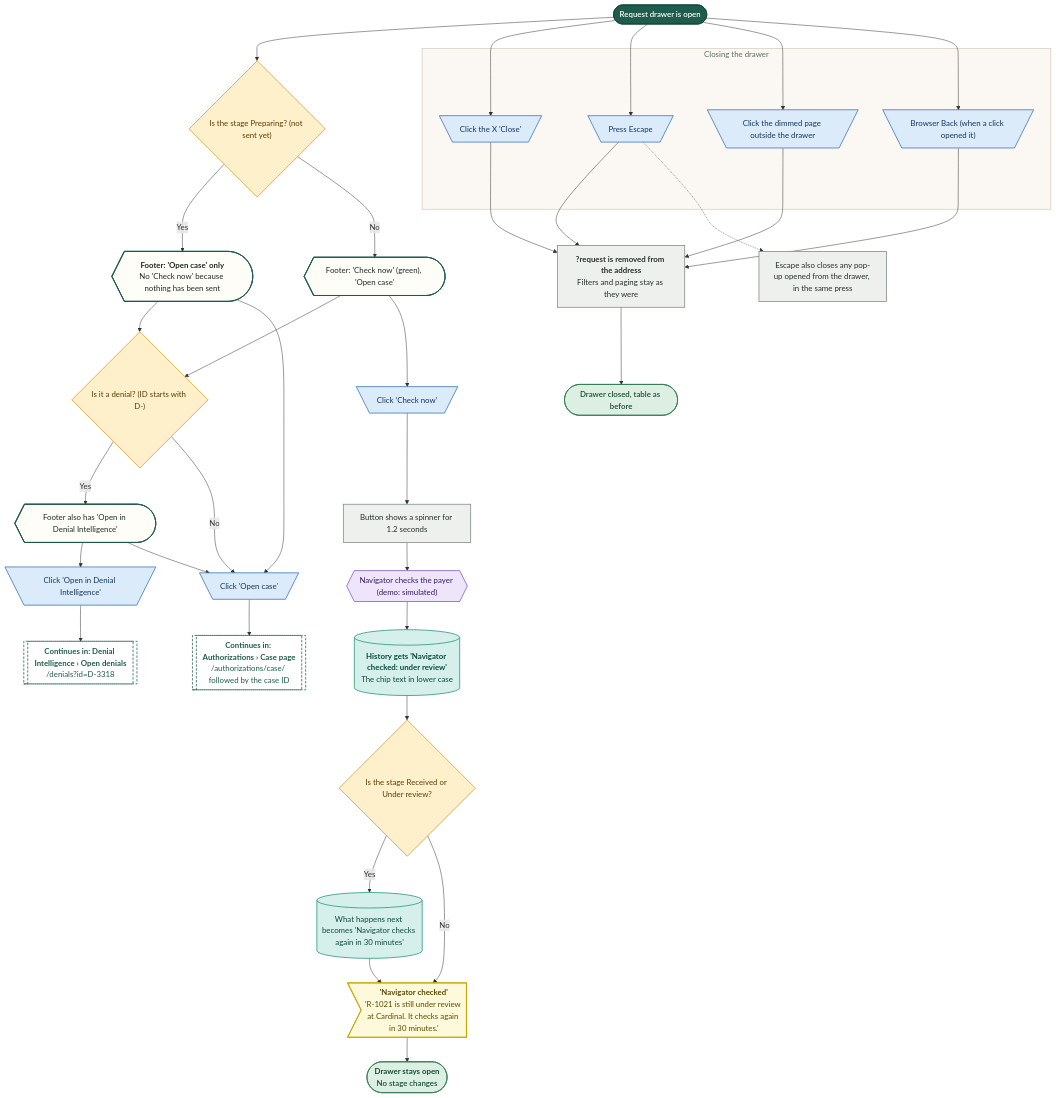
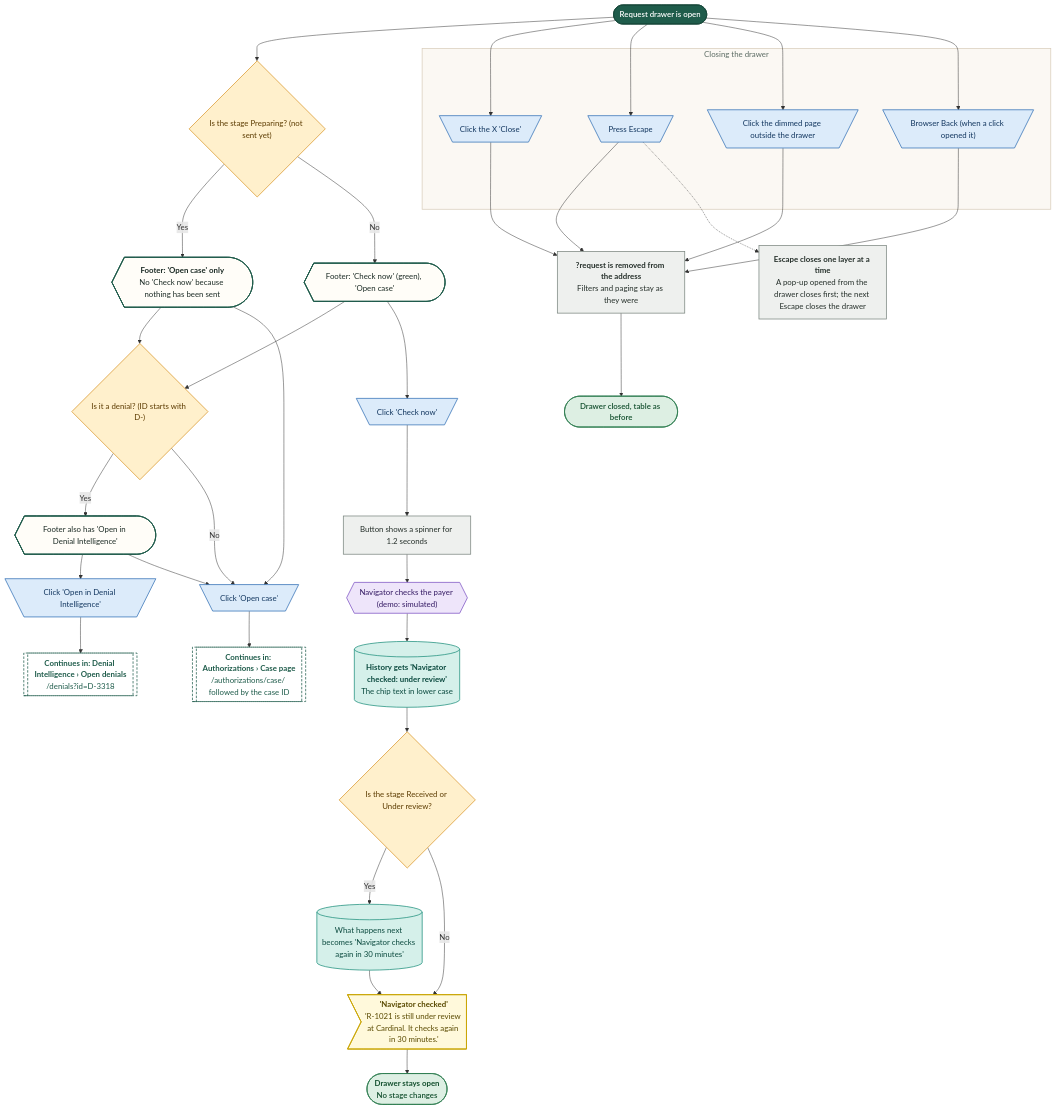
One commit to Shrav143/psyfloapp changed diagram 13 of 19 in demos/prior-auth-demo/workflows/out/md/02-dashboard.md. Above: the diagram before and after it, drawn with Mermaid. The commit also changed other lines of this file and 195 other files, not shown here.

First line of the commit message:
docs: Rebuild workflow diagrams after the demo fixes (220 diagrams)

````diff
--- a/demos/prior-auth-demo/workflows/out/md/02-dashboard.md
+++ b/demos/prior-auth-demo/workflows/out/md/02-dashboard.md
@@ -872,76 +967,76 @@
 ```mermaid
 %%{init: {"theme":"base","themeVariables":{"fontFamily":"'DM Sans', 'Segoe UI', system-ui, sans-serif","fontSize":"15px","lineColor":"#5B6B63","primaryTextColor":"#1C2B25","clusterBkg":"#FBF8F3","clusterBorder":"#D9CDBB","edgeLabelBackground":"#FFFFFF"},"flowchart":{"curve":"basis","nodeSpacing":36,"rankSpacing":48,"padding":12,"htmlLabels":true,"useMaxWidth":false,"wrappingWidth":230}} }%%
 flowchart TD
   classDef k_start fill:#1F5C4B,stroke:#174638,color:#FFFFFF,stroke-width:1.5px,font-weight:600
   classDef k_end fill:#DDEFE3,stroke:#2E7D4F,color:#14502F,stroke-width:1.5px,font-weight:600
   classDef k_endx fill:#FBE3E0,stroke:#C0392B,color:#7A1F16,stroke-width:1.5px,font-weight:600
   classDef k_screen fill:#FFFDF8,stroke:#1F5C4B,color:#1C2B25,stroke-width:2px
   classDef k_overlay fill:#F1F7F3,stroke:#1F5C4B,color:#1C2B25,stroke-width:2px,stroke-dasharray:5 3
   classDef k_click fill:#DCEBFA,stroke:#2F6DB5,color:#12365F,stroke-width:1.5px
   classDef k_input fill:#E4E7FF,stroke:#4C5FD5,color:#1D2670,stroke-width:1.5px
   classDef k_process fill:#EEF0EE,stroke:#7A857F,color:#26302B,stroke-width:1.5px
   classDef k_agent fill:#EEE5FA,stroke:#7A4FC2,color:#341A63,stroke-width:1.5px
   classDef k_decision fill:#FFF0CC,stroke:#D9962B,color:#5C3B00,stroke-width:1.5px
   classDef k_store fill:#D5F0EA,stroke:#1C8E7B,color:#0B4A3F,stroke-width:1.5px
   classDef k_doc fill:#F6E9DC,stroke:#B07A4C,color:#4A2E14,stroke-width:1.5px
   classDef k_ext fill:#FFE6D2,stroke:#E07B39,color:#6B2F06,stroke-width:1.5px
   classDef k_wait fill:#E4E8EE,stroke:#6B7C93,color:#26303D,stroke-width:1.5px
   classDef k_toast fill:#FFF9DB,stroke:#C9A400,color:#5A4A00,stroke-width:1.5px
   classDef k_goto fill:#FFFFFF,stroke:#1F5C4B,color:#1F5C4B,stroke-width:1.5px,stroke-dasharray:5 3
   s1@{ shape: stadium, label: "Request drawer is open" }
   d1@{ shape: diam, label: "Is the stage Preparing? (not sent yet)" }
   f1@{ shape: curv-trap, label: "<b>Footer: 'Open case' only</b><br/>No 'Check now' because nothing has been sent" }
   f2@{ shape: curv-trap, label: "Footer: 'Check now' (green), 'Open case'" }
   d2@{ shape: diam, label: "Is it a denial? (ID starts with D-)" }
   f3@{ shape: curv-trap, label: "Footer also has 'Open in Denial Intelligence'" }
   c1@{ shape: trap-t, label: "Click 'Check now'" }
   p1@{ shape: rect, label: "Button shows a spinner for 1.2 seconds" }
   a1@{ shape: hex, label: "Navigator checks the payer (demo: simulated)" }
   w1@{ shape: cyl, label: "<b>History gets 'Navigator checked: under review'</b><br/>The chip text in lower case" }
   d3@{ shape: diam, label: "Is the stage Received or Under review?" }
   w2@{ shape: cyl, label: "What happens next becomes 'Navigator checks again in 30 minutes'" }
   t1@{ shape: odd, label: "<b>'Navigator checked'</b><br/>'R-1021 is still under review at Cardinal. It checks again in 30 minutes.'" }
   e1@{ shape: stadium, label: "<b>Drawer stays open</b><br/>No stage changes" }
   c2@{ shape: trap-t, label: "Click 'Open case'" }
   g1@{ shape: subproc, label: "<b>Continues in: Authorizations › Case page</b><br/>/authorizations/case/ followed by the case ID" }
   c3@{ shape: trap-t, label: "Click 'Open in Denial Intelligence'" }
   g2@{ shape: subproc, label: "<b>Continues in: Denial Intelligence › Open denials</b><br/>/denials?id=D-3318" }
   subgraph gClose ["Closing the drawer"]
   x1@{ shape: trap-t, label: "Click the X 'Close'" }
   x2@{ shape: trap-t, label: "Press Escape" }
   x3@{ shape: trap-t, label: "Click the dimmed page outside the drawer" }
   x4@{ shape: trap-t, label: "Browser Back (when a click opened it)" }
   end
   p2@{ shape: rect, label: "<b>?request is removed from the address</b><br/>Filters and paging stay as they were" }
   e2@{ shape: stadium, label: "Drawer closed, table as before" }
-  p3@{ shape: rect, label: "Escape also closes any pop-up opened from the drawer, in the same press" }
+  p3@{ shape: rect, label: "<b>Escape closes one layer at a time</b><br/>A pop-up opened from the drawer closes first; the next Escape closes the drawer" }
   s1 --> d1
   d1 -->|"Yes"| f1
   d1 -->|"No"| f2
   f1 --> d2
   f2 --> d2
   d2 -->|"Yes"| f3
   d2 -->|"No"| c2
   f3 --> c3 --> g2
   f3 --> c2
   f2 --> c1 --> p1 --> a1 --> w1 --> d3
   d3 -->|"Yes"| w2 --> t1
   d3 -->|"No"| t1
   t1 --> e1
   c2 --> g1
   f1 --> c2
   s1 --> x1 & x2 & x3 & x4
   x1 & x2 & x3 & x4 --> p2 --> e2
   x2 -.-> p3
   class s1 k_start
   class d1,d2,d3 k_decision
   class f1,f2,f3 k_screen
   class c1,c2,c3,x1,x2,x3,x4 k_click
   class p1,p2,p3 k_process
   class a1 k_agent
   class w1,w2 k_store
   class t1 k_toast
   class e1,e2 k_end
   class g1,g2 k_goto
   style gClose fill:#FBF8F3,stroke:#D9CDBB,stroke-width:1.5px,color:#5B6B63
 ```
````
